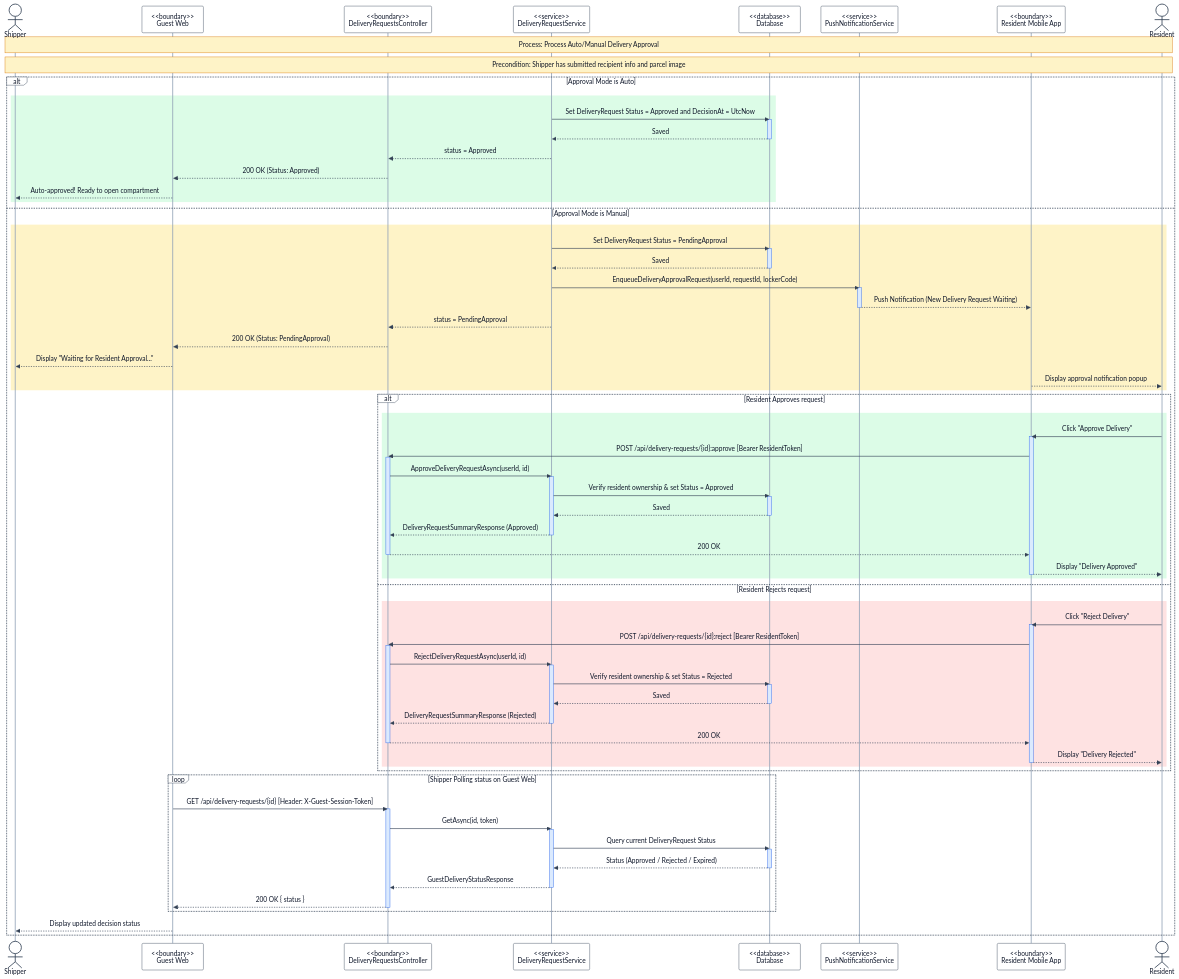
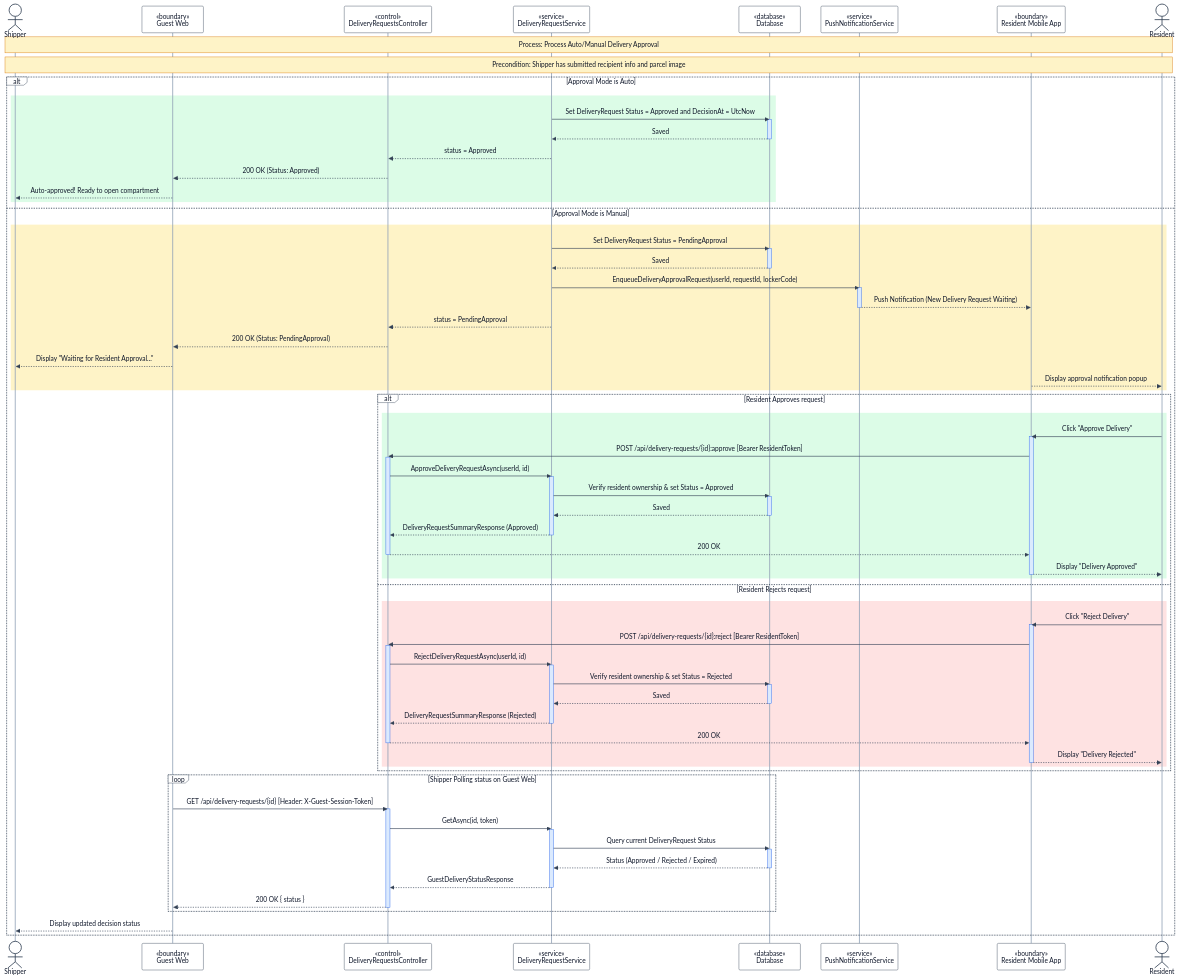
Before and after one commit to se-05-sdlms/smart-locking-diagram: the diagram in RP4/3.1 Shipper Guest Drop-off/3.1.4 Process Auto-Manual Delivery Approval Sequence Diagram.md, drawn with Mermaid. The commit also changed 36 other files, not shown here.

Commit message:
Update diagram

```diff
--- a/RP4/3.1 Shipper Guest Drop-off/3.1.4 Process Auto-Manual Delivery Approval Sequence Diagram.md
+++ b/RP4/3.1 Shipper Guest Drop-off/3.1.4 Process Auto-Manual Delivery Approval Sequence Diagram.md
@@ -21,12 +21,12 @@
 sequenceDiagram
 
 actor SH as Shipper
-participant WEB as <<boundary>><br/>Guest Web
-participant CTRL as <<boundary>><br/>DeliveryRequestsController
-participant SVC as <<service>><br/>DeliveryRequestService
-participant DB as <<database>><br/>Database
-participant PUSH as <<service>><br/>PushNotificationService
-participant APP as <<boundary>><br/>Resident Mobile App
+participant WEB as «boundary»<br/>Guest Web
+participant CTRL as «control»<br/>DeliveryRequestsController
+participant SVC as «service»<br/>DeliveryRequestService
+participant DB as «database»<br/>Database
+participant PUSH as «service»<br/>PushNotificationService
+participant APP as «boundary»<br/>Resident Mobile App
 actor RES as Resident
 
 Note over SH,RES: Process: Process Auto/Manual Delivery Approval
```
